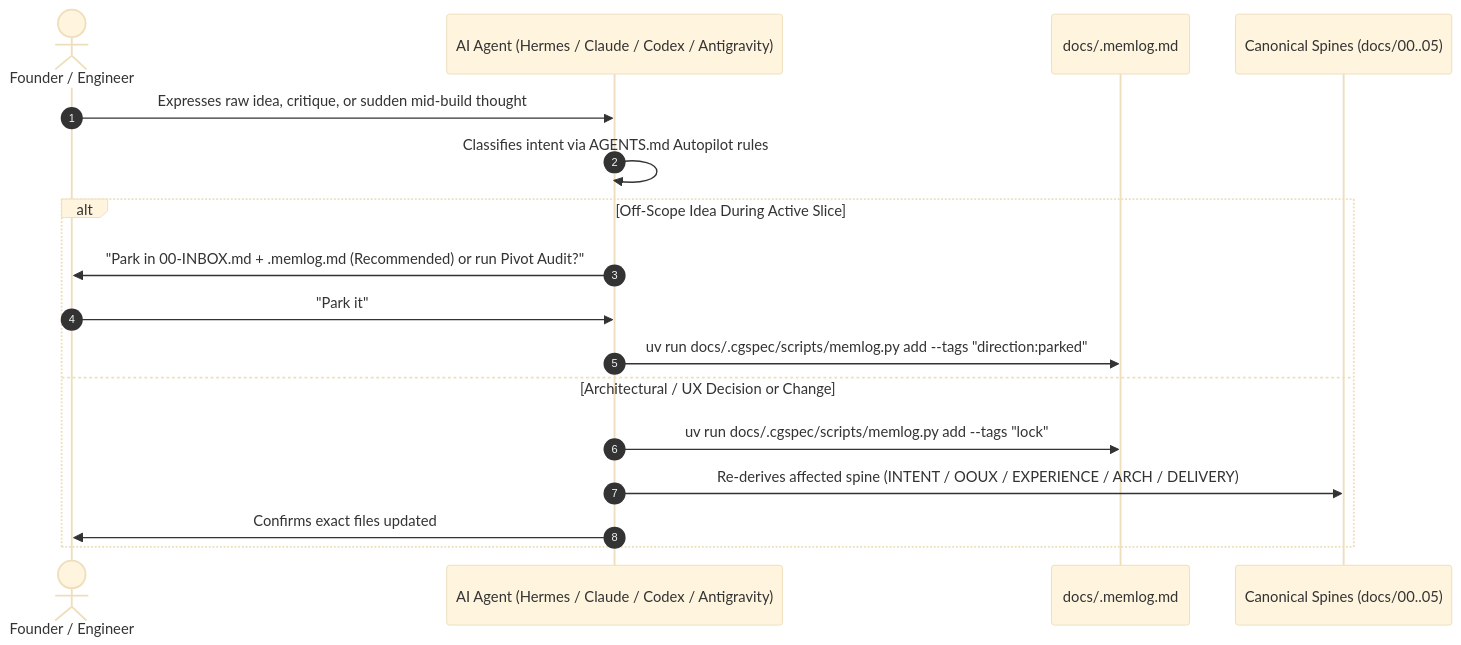
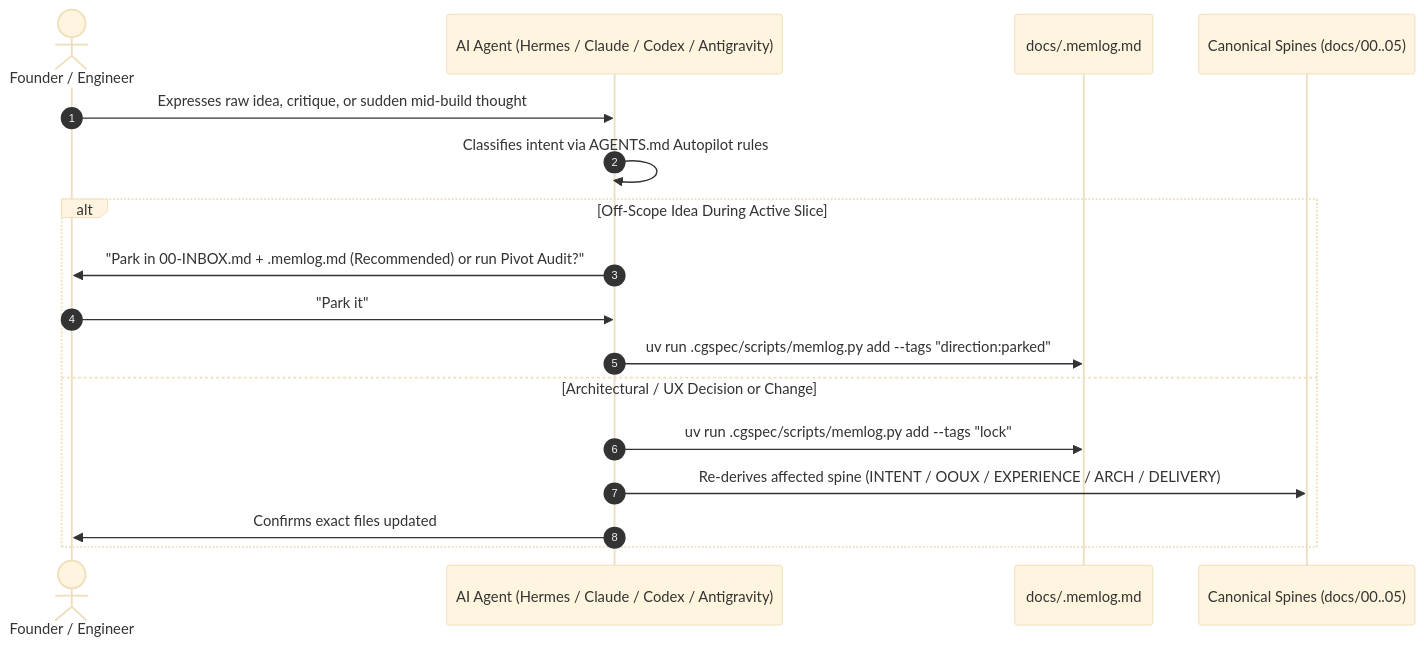
Before and after one commit to BeOjefe/cgspec: the diagram in docs/01-INTENT.md, drawn with Mermaid (base theme). The commit also changed other lines of this file and 60 other files, not shown here.

````diff
--- a/docs/01-INTENT.md
+++ b/docs/01-INTENT.md
@@ -36,20 +36,20 @@
 ```mermaid
 sequenceDiagram
     autonumber
     actor Human as Founder / Engineer
     participant Agent as AI Agent (Hermes / Claude / Codex / Antigravity)
     participant Memlog as docs/.memlog.md
     participant Spines as Canonical Spines (docs/00..05)
 
     Human->>Agent: Expresses raw idea, critique, or sudden mid-build thought
     Agent->>Agent: Classifies intent via AGENTS.md Autopilot rules
     alt Off-Scope Idea During Active Slice
         Agent->>Human: "Park in 00-INBOX.md + .memlog.md (Recommended) or run Pivot Audit?"
         Human->>Agent: "Park it"
-        Agent->>Memlog: uv run docs/.cgspec/scripts/memlog.py add --tags "direction:parked"
+        Agent->>Memlog: uv run .cgspec/scripts/memlog.py add --tags "direction:parked"
     else Architectural / UX Decision or Change
-        Agent->>Memlog: uv run docs/.cgspec/scripts/memlog.py add --tags "lock"
+        Agent->>Memlog: uv run .cgspec/scripts/memlog.py add --tags "lock"
         Agent->>Spines: Re-derives affected spine (INTENT / OOUX / EXPERIENCE / ARCH / DELIVERY)
         Agent->>Human: Confirms exact files updated
     end
 ```
````
